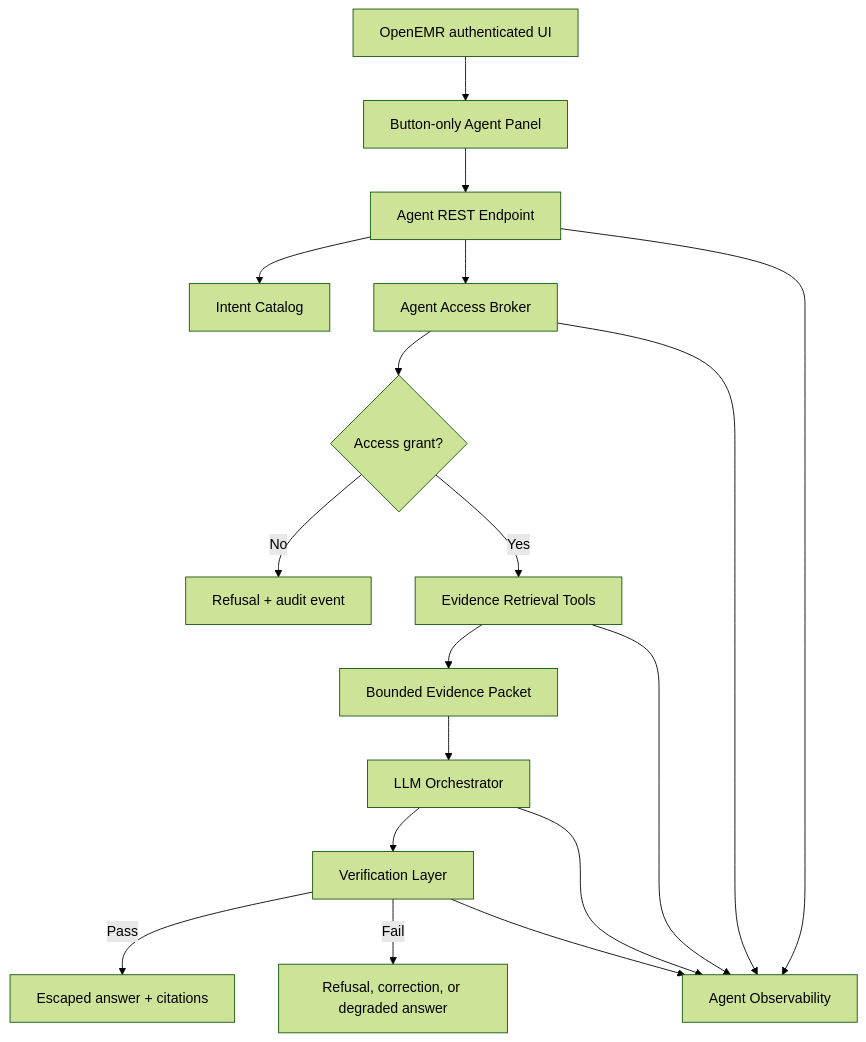
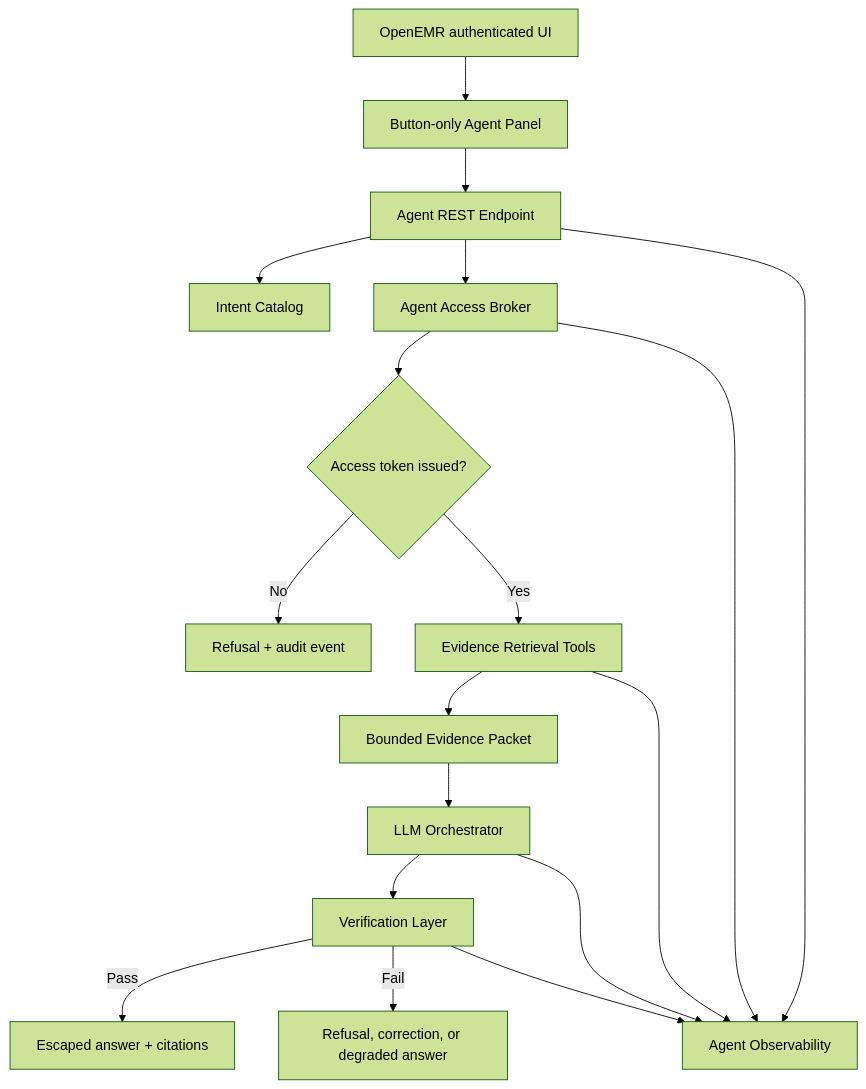
Before and after one commit to stick109/openemr: the diagram in ARCHITECTURE.md, drawn with Mermaid (forest theme). The commit also changed other lines of this file, not shown here.

Commit message:
Clarify agent access token lifecycle

````diff
--- a/ARCHITECTURE.md
+++ b/ARCHITECTURE.md
@@ -134,20 +134,20 @@
 ```mermaid
 flowchart TD
     A["OpenEMR authenticated UI"] --> B["Button-only Agent Panel"]
     B --> C["Agent REST Endpoint"]
     C --> D["Intent Catalog"]
     C --> E["Agent Access Broker"]
-    E --> F{"Access grant?"}
+    E --> F{"Access token issued?"}
     F -->|No| G["Refusal + audit event"]
     F -->|Yes| H["Evidence Retrieval Tools"]
     H --> I["Bounded Evidence Packet"]
     I --> J["LLM Orchestrator"]
     J --> K["Verification Layer"]
     K -->|Pass| L["Escaped answer + citations"]
     K -->|Fail| M["Refusal, correction, or degraded answer"]
     C --> N["Agent Observability"]
     E --> N
     H --> N
     J --> N
     K --> N
 ```
````
